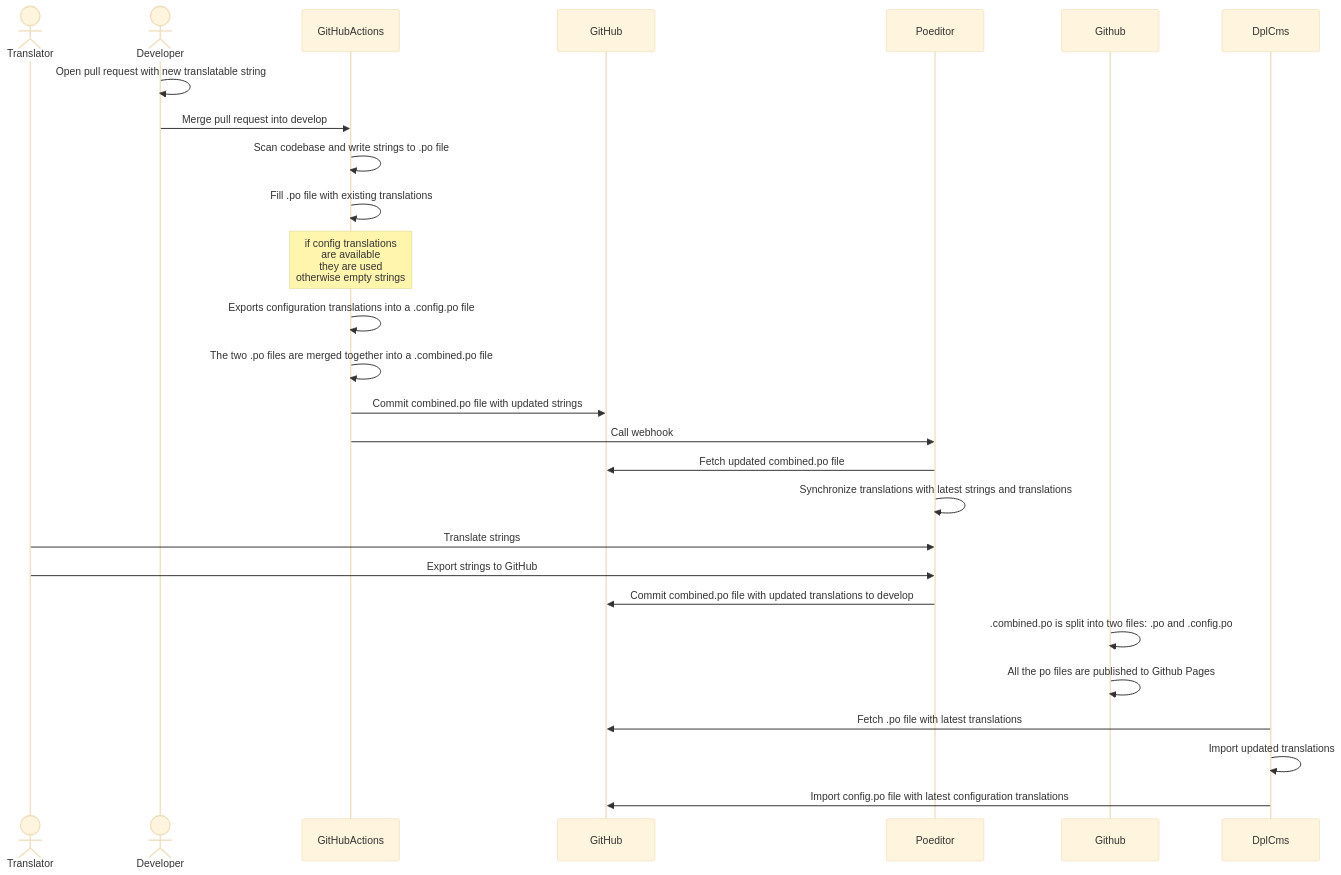
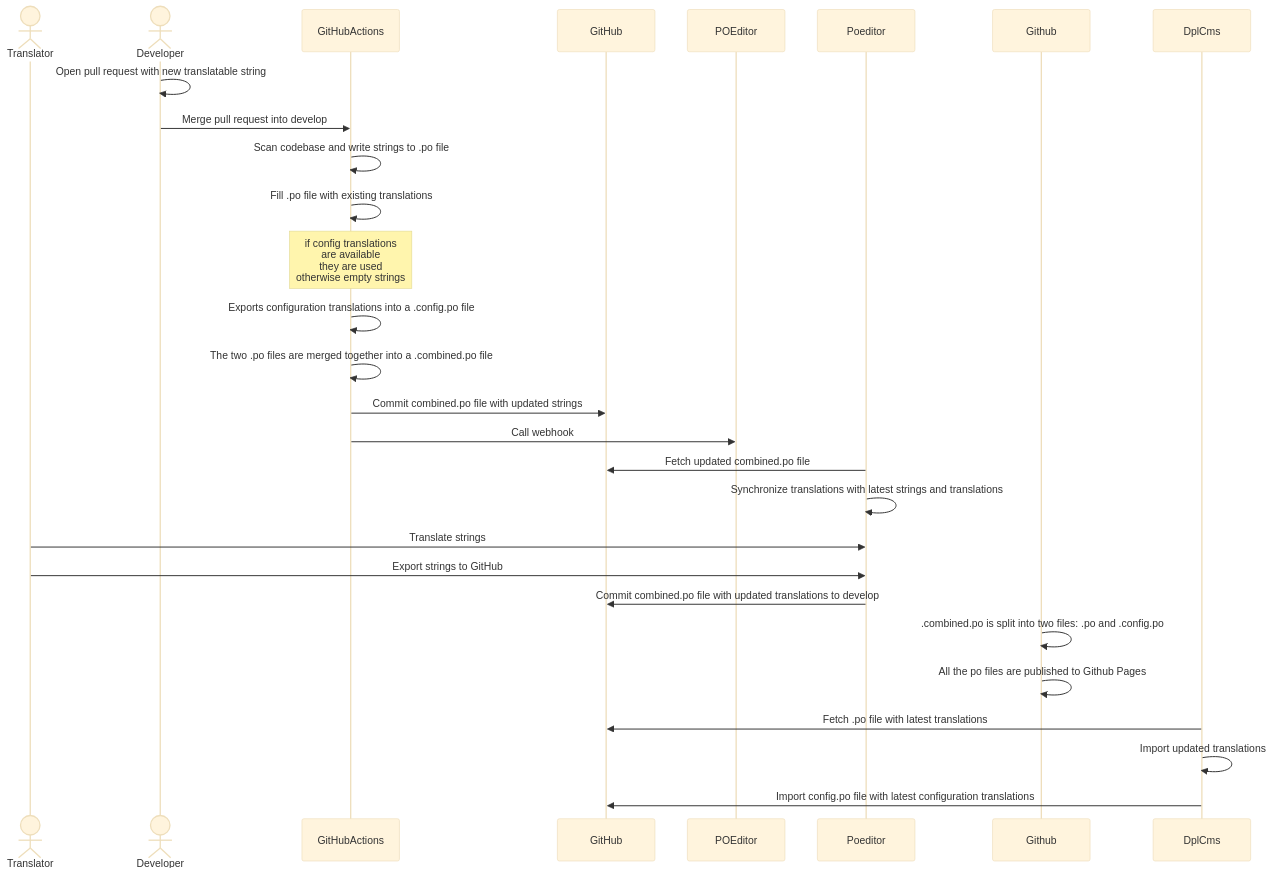
Before and after one commit to danskernesdigitalebibliotek/dpl-web: the diagram in cms/docs/translation.md, drawn with Mermaid (base theme).

````diff
--- a/cms/docs/translation.md
+++ b/cms/docs/translation.md
@@ -43,24 +43,24 @@
 ```mermaid
 sequenceDiagram
   Actor Translator
   Actor Developer
   Developer ->> Developer: Open pull request with new translatable string
   Developer ->> GitHubActions: Merge pull request into develop
   GitHubActions ->> GitHubActions: Scan codebase and write strings to .po file
   GitHubActions ->> GitHubActions: Fill .po file with existing translations
   Note over GitHubActions,GitHubActions: if config translations<br/>are available<br/>they are used<br/>otherwise empty strings
   GitHubActions ->> GitHubActions: Exports configuration translations into a .config.po file
   GitHubActions ->> GitHubActions: The two .po files are merged together into a .combined.po file
   GitHubActions ->> GitHub: Commit combined.po file with updated strings
-  GitHubActions ->> Poeditor: Call webhook
+  GitHubActions ->> POEditor: Call webhook
   Poeditor ->> GitHub: Fetch updated combined.po file
   Poeditor ->> Poeditor: Synchronize translations with latest strings and translations
   Translator ->> Poeditor: Translate strings
   Translator ->> Poeditor: Export strings to GitHub
   Poeditor ->> GitHub: Commit combined.po file with updated translations to develop
   Github ->> Github: .combined.po is split into two files: .po and .config.po
   Github ->> Github: All the po files are published to Github Pages
   DplCms ->> GitHub: Fetch .po file with latest translations
   DplCms ->> DplCms: Import updated translations
   DplCms ->> GitHub: Import config.po file with latest configuration translations
 ```
````
